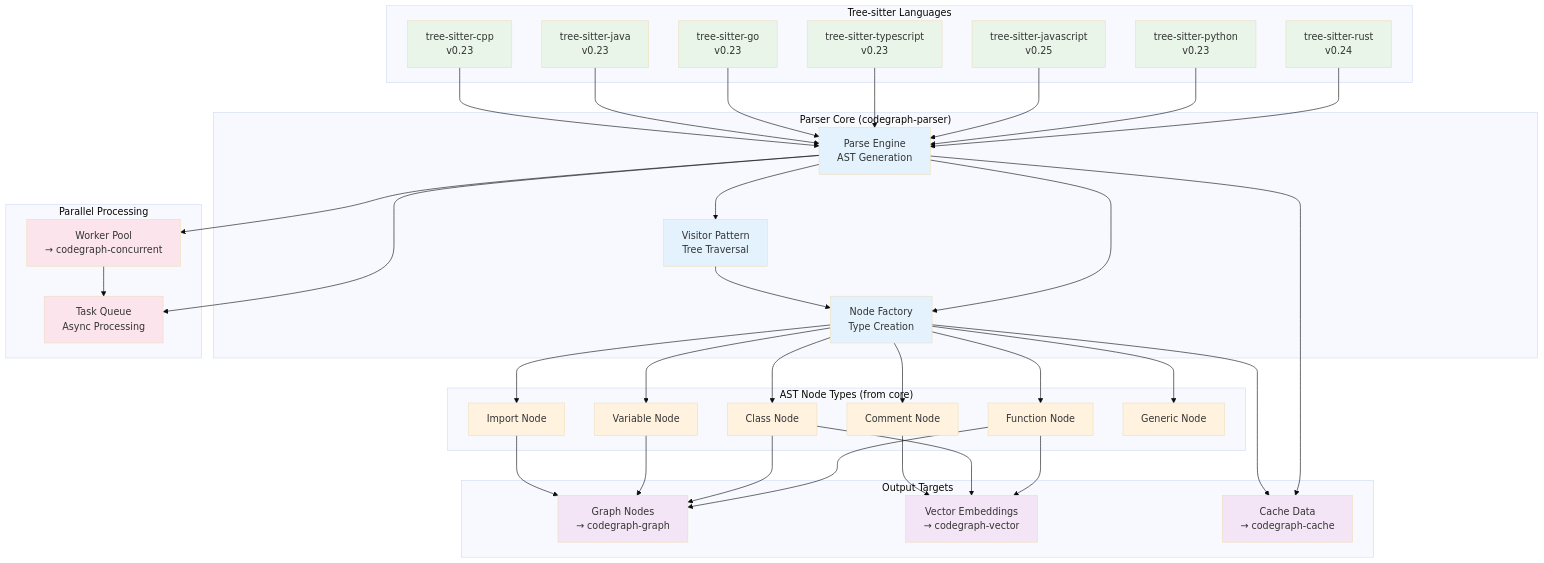
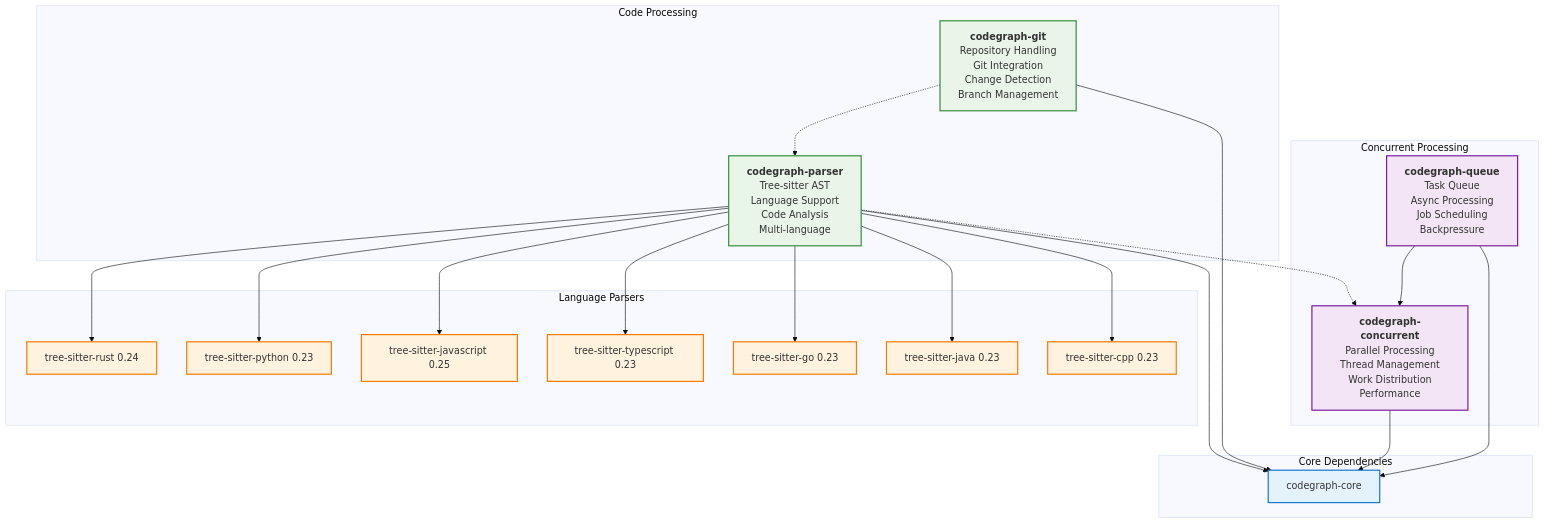
The third of 7 diagrams in docs/diagrams/architecture/component-dependencies.md (Jakedismo/codegraph-rust), drawn with Mermaid (base theme) before and after one commit. The commit also changed other lines of this file and 39 other files, not shown here.

````diff
--- a/docs/diagrams/architecture/component-dependencies.md
+++ b/docs/diagrams/architecture/component-dependencies.md
@@ -188,91 +115,74 @@
 ```mermaid
 graph TB
-    subgraph "Parser Core (codegraph-parser)"
-        ParseEngine[Parse Engine<br/>AST Generation]
-        Visitor[Visitor Pattern<br/>Tree Traversal]
-        NodeFactory[Node Factory<br/>Type Creation]
+    subgraph "Code Processing"
+        parser["`**codegraph-parser**
+        Tree-sitter AST
+        Language Support
+        Code Analysis
+        Multi-language`"]
+        
+        git["`**codegraph-git**
+        Repository Handling
+        Git Integration
+        Change Detection
+        Branch Management`"]
     end
     
-    subgraph "Tree-sitter Languages"
-        Rust_TS[tree-sitter-rust<br/>v0.24]
-        Python_TS[tree-sitter-python<br/>v0.23]
-        JS_TS[tree-sitter-javascript<br/>v0.25]
-        TS_TS[tree-sitter-typescript<br/>v0.23]
-        Go_TS[tree-sitter-go<br/>v0.23]
-        Java_TS[tree-sitter-java<br/>v0.23]
-        CPP_TS[tree-sitter-cpp<br/>v0.23]
+    subgraph "Concurrent Processing"
+        concurrent["`**codegraph-concurrent**
+        Parallel Processing
+        Thread Management
+        Work Distribution
+        Performance`"]
+        
+        queue["`**codegraph-queue**
+        Task Queue
+        Async Processing
+        Job Scheduling
+        Backpressure`"]
     end
     
-    subgraph "AST Node Types (from core)"
-        Function[Function Node]
-        Class[Class Node]
-        Variable[Variable Node]
-        Import[Import Node]
-        Comment[Comment Node]
-        Generic[Generic Node]
+    subgraph "Language Parsers"
+        rust_parser[tree-sitter-rust 0.24]
+        python_parser[tree-sitter-python 0.23]
+        js_parser[tree-sitter-javascript 0.25]
+        ts_parser[tree-sitter-typescript 0.23]
+        go_parser[tree-sitter-go 0.23]
+        java_parser[tree-sitter-java 0.23]
+        cpp_parser[tree-sitter-cpp 0.23]
     end
     
-    subgraph "Output Targets"
-        GraphNodes[Graph Nodes<br/>→ codegraph-graph]
-        VectorEmbed[Vector Embeddings<br/>→ codegraph-vector]
-        CacheData[Cache Data<br/>→ codegraph-cache]
+    subgraph "Core Dependencies"
+        core[codegraph-core]
     end
     
-    subgraph "Parallel Processing"
-        WorkerPool[Worker Pool<br/>→ codegraph-concurrent]
-        TaskQueue[Task Queue<br/>Async Processing]
-    end
+    %% Core dependencies
+    parser --> core
+    git --> core
+    concurrent --> core
+    queue --> core
     
-    %% Language to parser engine
-    Rust_TS --> ParseEngine
-    Python_TS --> ParseEngine
-    JS_TS --> ParseEngine
-    TS_TS --> ParseEngine
-    Go_TS --> ParseEngine
-    Java_TS --> ParseEngine
-    CPP_TS --> ParseEngine
+    %% Language parser dependencies
+    parser --> rust_parser
+    parser --> python_parser
+    parser --> js_parser
+    parser --> ts_parser
+    parser --> go_parser
+    parser --> java_parser
+    parser --> cpp_parser
     
-    %% Parser engine to components
-    ParseEngine --> Visitor
-    ParseEngine --> NodeFactory
-    Visitor --> NodeFactory
+    %% Processing dependencies
+    parser -.-> concurrent
+    queue --> concurrent
+    git -.-> parser
     
-    %% Node factory to AST types
-    NodeFactory --> Function
-    NodeFactory --> Class
-    NodeFactory --> Variable
-    NodeFactory --> Import
-    NodeFactory --> Comment
-    NodeFactory --> Generic
+    classDef processing fill:#e8f5e8,stroke:#388e3c,stroke-width:2px
+    classDef concurrent_proc fill:#f3e5f5,stroke:#7b1fa2,stroke-width:2px
+    classDef language fill:#fff3e0,stroke:#f57c00,stroke-width:2px
+    classDef core_dep fill:#e3f2fd,stroke:#1976d2,stroke-width:2px
     
-    %% AST to outputs
-    Function --> GraphNodes
-    Class --> GraphNodes
-    Variable --> GraphNodes
-    Import --> GraphNodes
-    Function --> VectorEmbed
-    Class --> VectorEmbed
-    Comment --> VectorEmbed
-    
-    %% Caching
-    ParseEngine --> CacheData
-    NodeFactory --> CacheData
-    
-    %% Parallel processing
-    ParseEngine --> WorkerPool
-    ParseEngine --> TaskQueue
-    WorkerPool --> TaskQueue
-    
-    %% Styling
-    classDef parser fill:#e3f2fd
-    classDef language fill:#e8f5e8
-    classDef ast fill:#fff3e0
-    classDef output fill:#f3e5f5
-    classDef parallel fill:#fce4ec
-    
-    class ParseEngine,Visitor,NodeFactory parser
-    class Rust_TS,Python_TS,JS_TS,TS_TS,Go_TS,Java_TS,CPP_TS language
-    class Function,Class,Variable,Import,Comment,Generic ast
-    class GraphNodes,VectorEmbed,CacheData output
-    class WorkerPool,TaskQueue parallel
+    class parser,git processing
+    class concurrent,queue concurrent_proc
+    class rust_parser,python_parser,js_parser,ts_parser,go_parser,java_parser,cpp_parser language
+    class core core_dep
 ```
````
